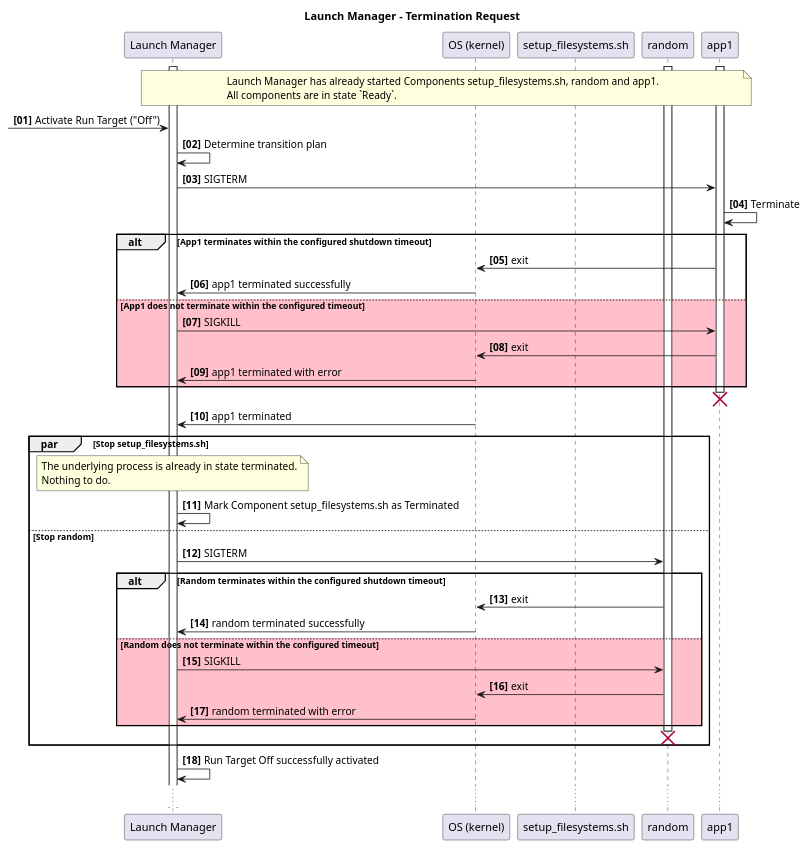
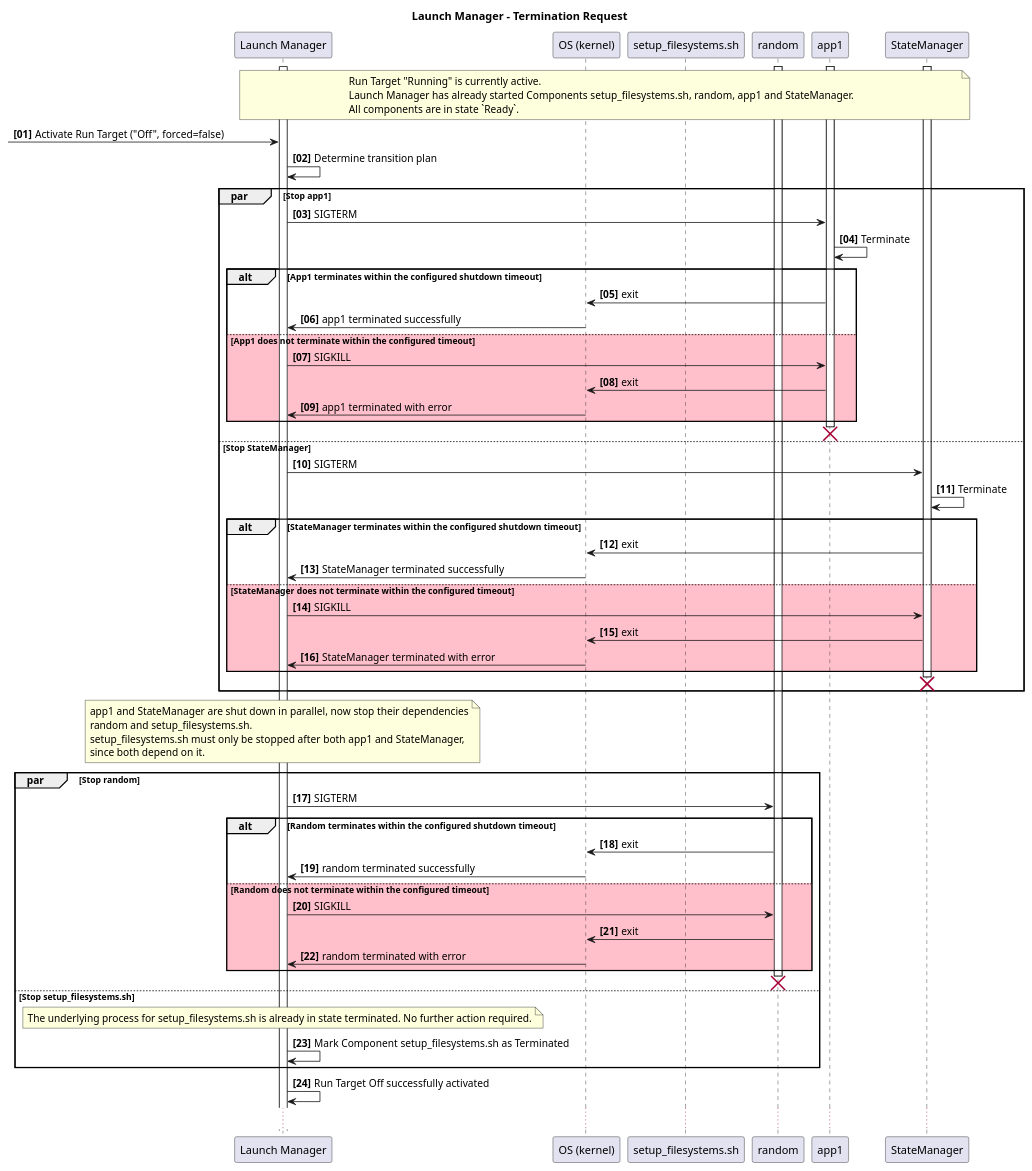
One commit to eclipse-score/lifecycle changed the diagram in docs/features/lifecycle/architecture/_assets/launch_manager_run_target_off.puml. Above: the diagram before and after it, drawn with PlantUML. The commit also changed 15 other files, not shown here.

Commit message:
Sequence diagram extensions

```diff
--- a/docs/features/lifecycle/architecture/_assets/launch_manager_run_target_off.puml
+++ b/docs/features/lifecycle/architecture/_assets/launch_manager_run_target_off.puml
@@ -14,67 +14,96 @@
 @startuml
 title Launch Manager - Termination Request
 
 autonumber "<b>[00]"
 
 participant "Launch Manager" as LM
 participant "OS (kernel)" as kernel
 participant "setup_filesystems.sh" as fs
 participant "random" as ran
 participant "app1" as app1
+participant "StateManager" as sm
 
 activate LM
 activate app1
 activate ran
+activate sm
 
-note over LM,app1
-Launch Manager has already started Components setup_filesystems.sh, random and app1.
+note over LM,sm
+Run Target "Running" is currently active.
+Launch Manager has already started Components setup_filesystems.sh, random, app1 and StateManager.
 All components are in state `Ready`.
 end note
 
-[-> LM : Activate Run Target ("Off")
+[-> LM : Activate Run Target ("Off", forced=false)
 LM -> LM : Determine transition plan
+
+par Stop app1
+
 LM -> app1 : SIGTERM
 app1 -> app1 : Terminate
 
 alt App1 terminates within the configured shutdown timeout
     app1 -> kernel : exit
     kernel -> LM : app1 terminated successfully
 else #pink App1 does not terminate within the configured timeout
     LM -> app1 : SIGKILL
     app1 -> kernel : exit
     kernel -> LM : app1 terminated with error
 end alt
 
 destroy app1
-kernel -> LM : app1 terminated
 
-par Stop setup_filesystems.sh
+else Stop StateManager
+
+LM -> sm : SIGTERM
+sm -> sm : Terminate
+
+alt StateManager terminates within the configured shutdown timeout
+    sm -> kernel : exit
+    kernel -> LM : StateManager terminated successfully
+else #pink StateManager does not terminate within the configured timeout
+    LM -> sm : SIGKILL
+    sm -> kernel : exit
+    kernel -> LM : StateManager terminated with error
+end alt
+
+destroy sm
+
+end par
 
 note over LM
-    The underlying process is already in state terminated.
-    Nothing to do.
+    app1 and StateManager are shut down in parallel, now stop their dependencies
+    random and setup_filesystems.sh.
+    setup_filesystems.sh must only be stopped after both app1 and StateManager,
+    since both depend on it.
 end note
 
-LM -> LM : Mark Component setup_filesystems.sh as Terminated
-
-else Stop random
+par Stop random
 
 LM -> ran : SIGTERM
 
 alt Random terminates within the configured shutdown timeout
     ran -> kernel : exit
     kernel -> LM : random terminated successfully
 else #pink Random does not terminate within the configured timeout
     LM -> ran : SIGKILL
     ran -> kernel : exit
     kernel -> LM : random terminated with error
 end alt
 
 destroy ran
 
+else Stop setup_filesystems.sh
+
+note over LM
+    The underlying process for setup_filesystems.sh is already in state terminated. No further action required.
+end note
+
+LM -> LM : Mark Component setup_filesystems.sh as Terminated
+
 end par
 
 LM -> LM : Run Target Off successfully activated
 
 ...
 @enduml
```
